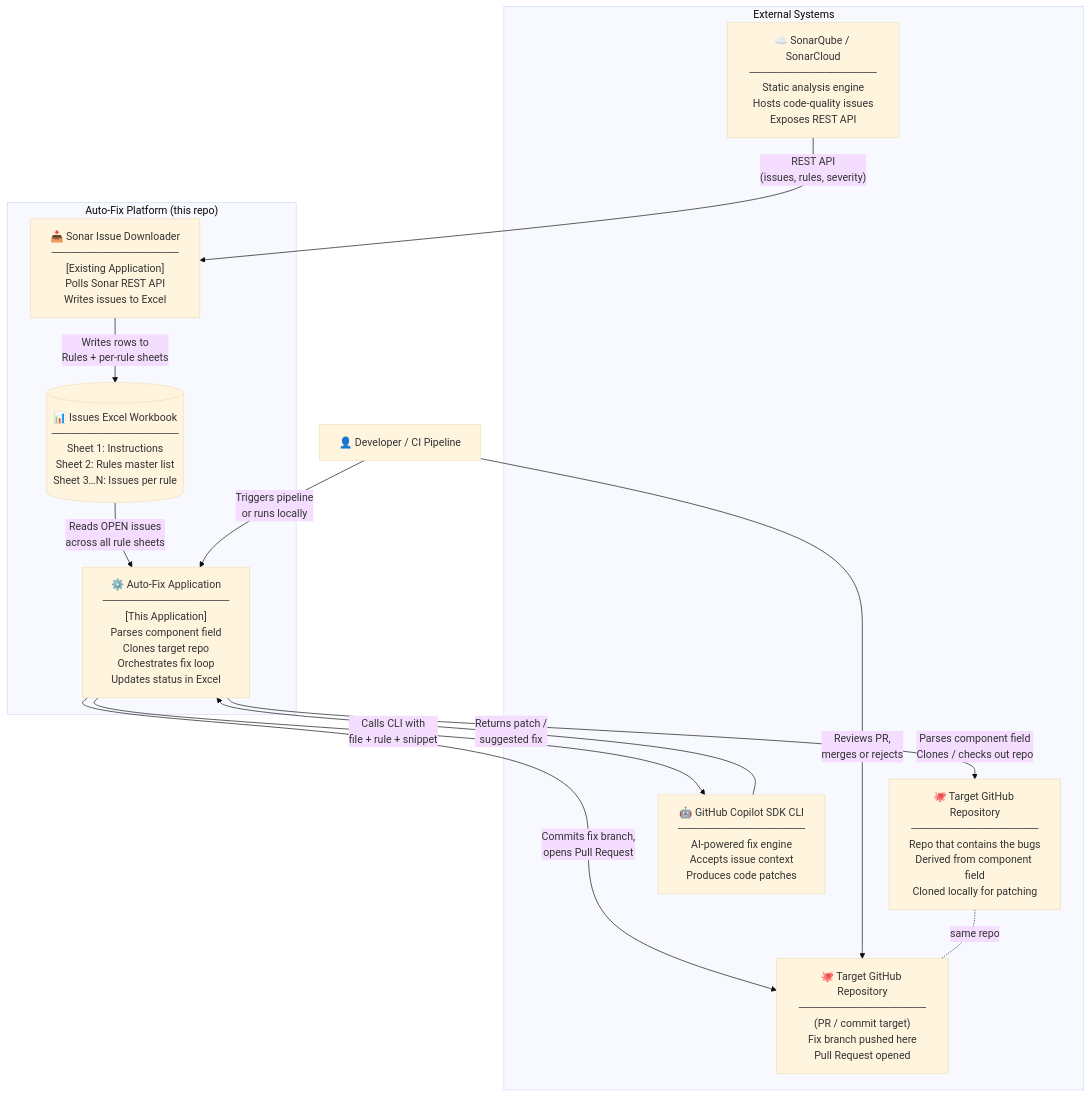
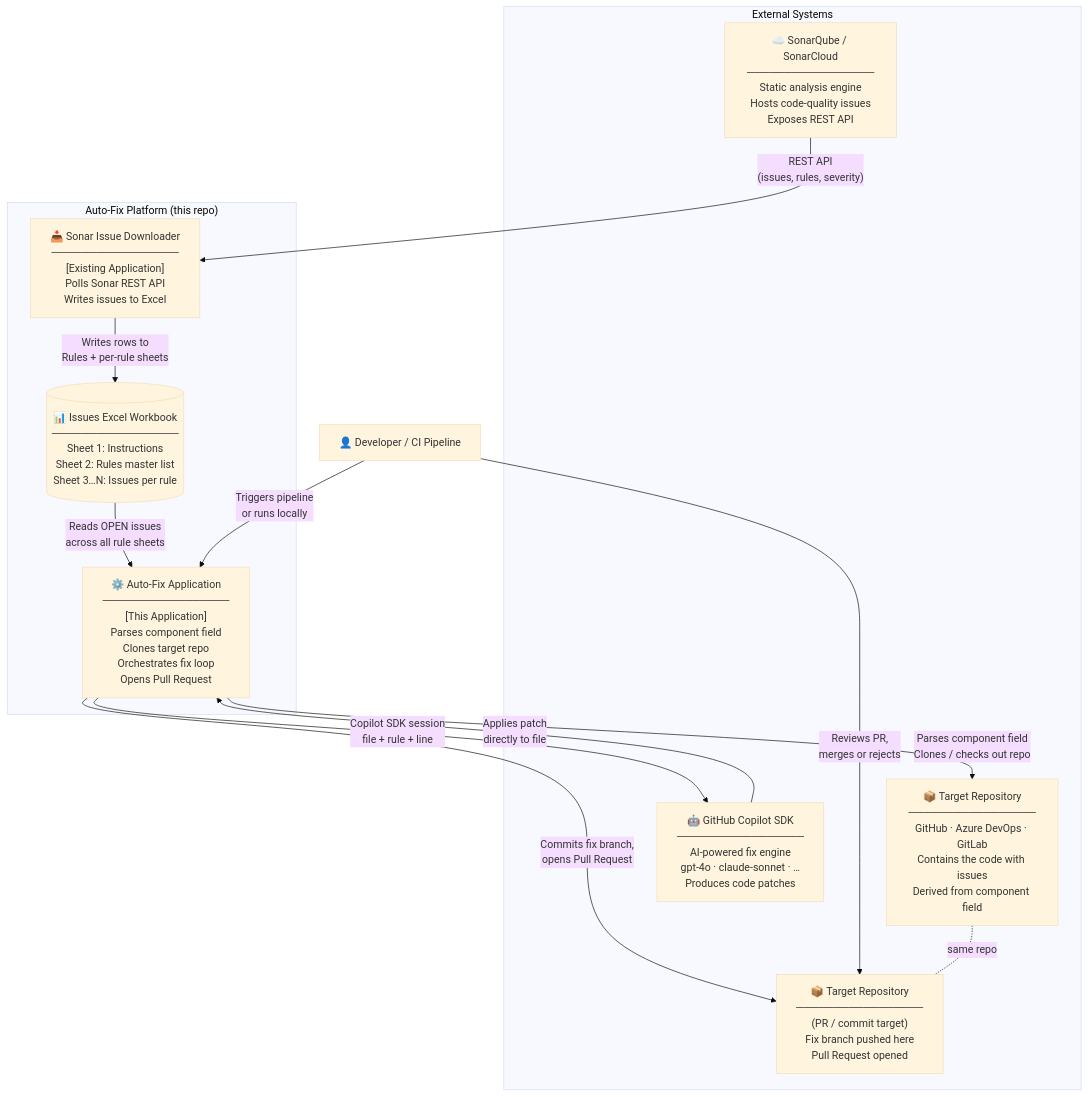
One commit to HiteshDutt/sonar-auto-fix-test changed the first of 10 diagrams in README.md. Above: the diagram before and after it, drawn with Mermaid (base theme). The commit also changed other lines of this file and 1 other file, not shown here.

````diff
--- a/README.md
+++ b/README.md
@@ -23,29 +133,29 @@
 ```mermaid
 graph TB
     subgraph External["External Systems"]
-        SQ["☁️ SonarQube / SonarCloud\n─────────────────\nStatic analysis engine\nHosts code-quality issues\nExposes REST API"]
-        GH_TARGET["🐙 Target GitHub Repository\n─────────────────\nRepo that contains the bugs\nDerived from component field\nCloned locally for patching"]
-        GH_PR["🐙 Target GitHub Repository\n─────────────────\n(PR / commit target)\nFix branch pushed here\nPull Request opened"]
-        GHCP["🤖 GitHub Copilot SDK CLI\n─────────────────\nAI-powered fix engine\nAccepts issue context\nProduces code patches"]
+        SQ["☁️ SonarQube / SonarCloud<br/>─────────────────<br/>Static analysis engine<br/>Hosts code-quality issues<br/>Exposes REST API"]
+        GIT_TARGET["📦 Target Repository<br/>─────────────────<br/>GitHub · Azure DevOps · GitLab<br/>Contains the code with issues<br/>Derived from component field"]
+        GIT_PR["📦 Target Repository<br/>─────────────────<br/>(PR / commit target)<br/>Fix branch pushed here<br/>Pull Request opened"]
+        GHCP["🤖 GitHub Copilot SDK<br/>─────────────────<br/>AI-powered fix engine<br/>gpt-4o · claude-sonnet · …<br/>Produces code patches"]
     end
 
     subgraph Platform["Auto-Fix Platform  (this repo)"]
-        DL["📥 Sonar Issue Downloader\n─────────────────\n[Existing Application]\nPolls Sonar REST API\nWrites issues to Excel"]
-        XL[("📊 Issues Excel Workbook\n─────────────────\nSheet 1: Instructions\nSheet 2: Rules master list\nSheet 3…N: Issues per rule")]
-        APP["⚙️ Auto-Fix Application\n─────────────────\n[This Application]\nParses component field\nClones target repo\nOrchestrates fix loop\nUpdates status in Excel"]
+        DL["📥 Sonar Issue Downloader<br/>─────────────────<br/>[Existing Application]<br/>Polls Sonar REST API<br/>Writes issues to Excel"]
+        XL[("📊 Issues Excel Workbook<br/>─────────────────<br/>Sheet 1: Instructions<br/>Sheet 2: Rules master list<br/>Sheet 3…N: Issues per rule")]
+        APP["⚙️ Auto-Fix Application<br/>─────────────────<br/>[This Application]<br/>Parses component field<br/>Clones target repo<br/>Orchestrates fix loop<br/>Opens Pull Request"]
     end
 
     DEV["👤 Developer / CI Pipeline"]
 
-    SQ -- "REST API\n(issues, rules, severity)" --> DL
-    DL -- "Writes rows to\nRules + per-rule sheets" --> XL
-    XL -- "Reads OPEN issues\nacross all rule sheets" --> APP
-    APP -- "Parses component field\nClones / checks out repo" --> GH_TARGET
-    APP -- "Calls CLI with\nfile + rule + snippet" --> GHCP
-    GHCP -- "Returns patch /\nsuggested fix" --> APP
-    APP -- "Commits fix branch,\nopens Pull Request" --> GH_PR
-    DEV -- "Reviews PR,\nmerges or rejects" --> GH_PR
-    DEV -- "Triggers pipeline\nor runs locally" --> APP
+    SQ -- "REST API<br/>(issues, rules, severity)" --> DL
+    DL -- "Writes rows to<br/>Rules + per-rule sheets" --> XL
+    XL -- "Reads OPEN issues<br/>across all rule sheets" --> APP
+    APP -- "Parses component field<br/>Clones / checks out repo" --> GIT_TARGET
+    APP -- "Copilot SDK session<br/>file + rule + line" --> GHCP
+    GHCP -- "Applies patch<br/>directly to file" --> APP
+    APP -- "Commits fix branch,<br/>opens Pull Request" --> GIT_PR
+    DEV -- "Reviews PR,<br/>merges or rejects" --> GIT_PR
+    DEV -- "Triggers pipeline<br/>or runs locally" --> APP
 
-    GH_TARGET -. "same repo" .- GH_PR
+    GIT_TARGET -. "same repo" .- GIT_PR
 ```
````
